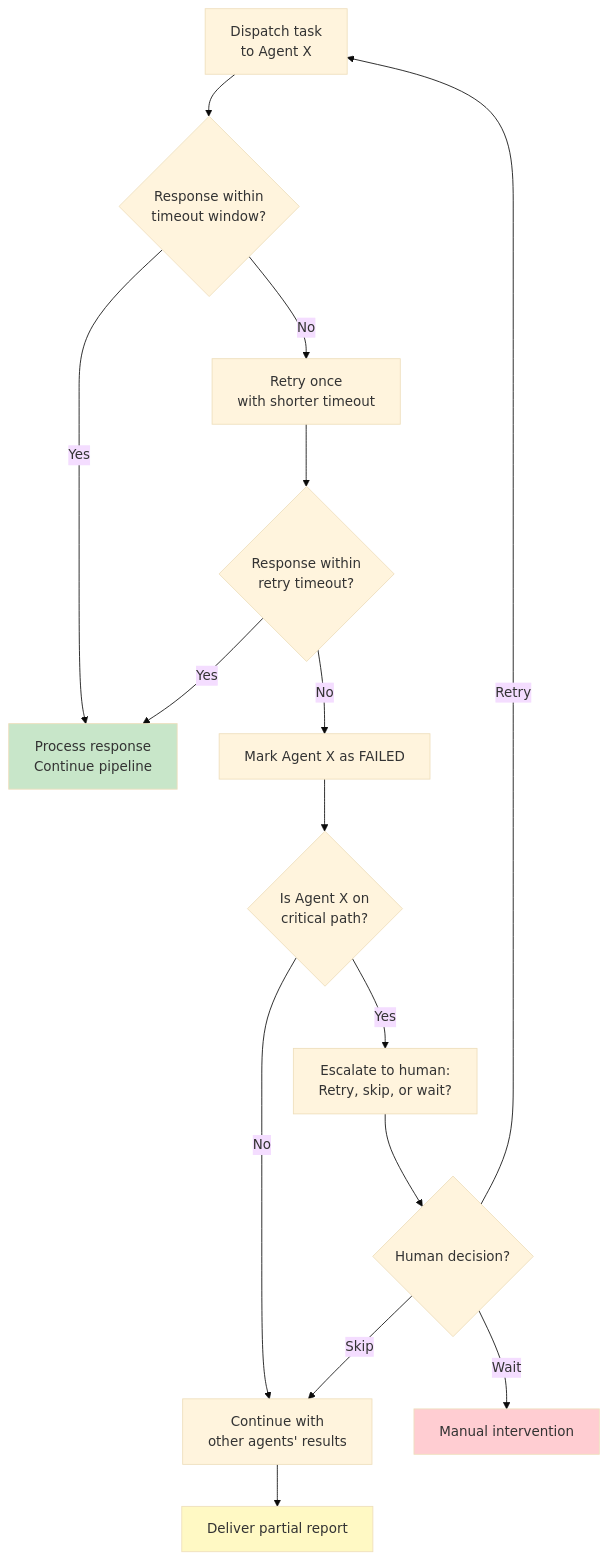
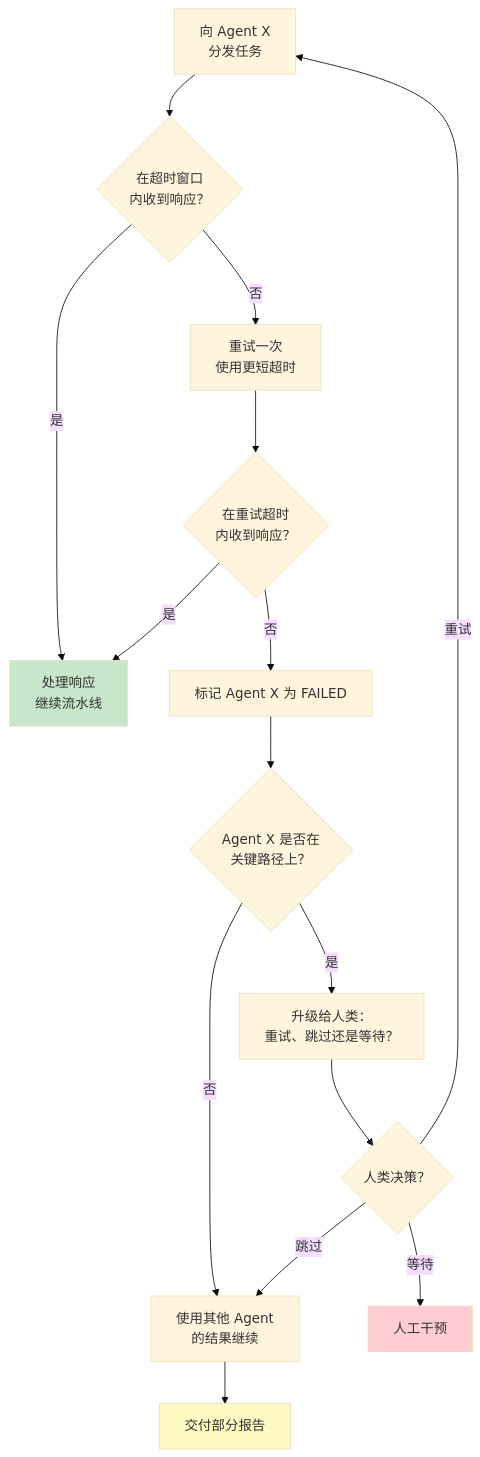
The sixth of 6 diagrams in plans/PLAN-lead-orchestrator.md (chan-kinghin/e-commerce-claw), drawn with Mermaid (base theme) before and after one commit. The commit also changed other lines of this file and 55 other files, not shown here.

````diff
--- a/plans/PLAN-lead-orchestrator.md
+++ b/plans/PLAN-lead-orchestrator.md
@@ -1137,21 +1137,21 @@
 ```mermaid
 flowchart TD
-    DISPATCH["Dispatch task<br/>to Agent X"] --> WAIT{"Response within<br/>timeout window?"}
-    WAIT -->|Yes| PROCESS["Process response<br/>Continue pipeline"]
-    WAIT -->|No| RETRY["Retry once<br/>with shorter timeout"]
-    RETRY --> RETRY_WAIT{"Response within<br/>retry timeout?"}
-    RETRY_WAIT -->|Yes| PROCESS
-    RETRY_WAIT -->|No| FAILURE["Mark Agent X as FAILED"]
-    FAILURE --> CRITICAL{"Is Agent X on<br/>critical path?"}
-    CRITICAL -->|No| CONTINUE["Continue with<br/>other agents' results"]
-    CRITICAL -->|Yes| ESCALATE["Escalate to human:<br/>Retry, skip, or wait?"]
-    CONTINUE --> PARTIAL["Deliver partial report"]
-    ESCALATE --> HUMAN_DECIDES{"Human decision?"}
-    HUMAN_DECIDES -->|Retry| DISPATCH
-    HUMAN_DECIDES -->|Skip| CONTINUE
-    HUMAN_DECIDES -->|Wait| MANUAL["Manual intervention"]
+    DISPATCH["向 Agent X<br/>分发任务"] --> WAIT{"在超时窗口<br/>内收到响应？"}
+    WAIT -->|是| PROCESS["处理响应<br/>继续流水线"]
+    WAIT -->|否| RETRY["重试一次<br/>使用更短超时"]
+    RETRY --> RETRY_WAIT{"在重试超时<br/>内收到响应？"}
+    RETRY_WAIT -->|是| PROCESS
+    RETRY_WAIT -->|否| FAILURE["标记 Agent X 为 FAILED"]
+    FAILURE --> CRITICAL{"Agent X 是否在<br/>关键路径上？"}
+    CRITICAL -->|否| CONTINUE["使用其他 Agent<br/>的结果继续"]
+    CRITICAL -->|是| ESCALATE["升级给人类：<br/>重试、跳过还是等待？"]
+    CONTINUE --> PARTIAL["交付部分报告"]
+    ESCALATE --> HUMAN_DECIDES{"人类决策？"}
+    HUMAN_DECIDES -->|重试| DISPATCH
+    HUMAN_DECIDES -->|跳过| CONTINUE
+    HUMAN_DECIDES -->|等待| MANUAL["人工干预"]
 
     style PROCESS fill:#C8E6C9
     style PARTIAL fill:#FFF9C4
     style MANUAL fill:#FFCDD2
 ```
````
